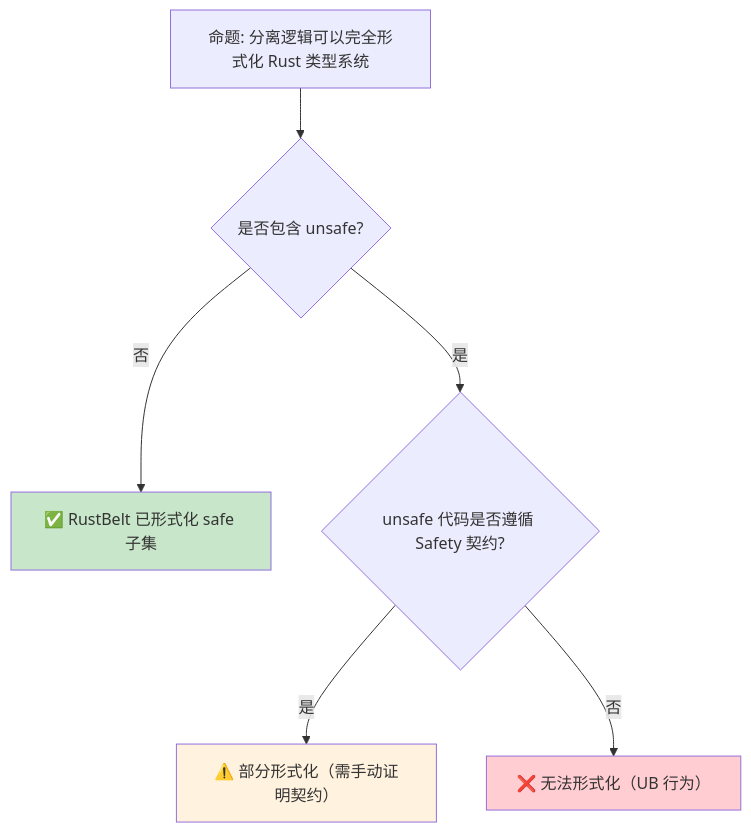
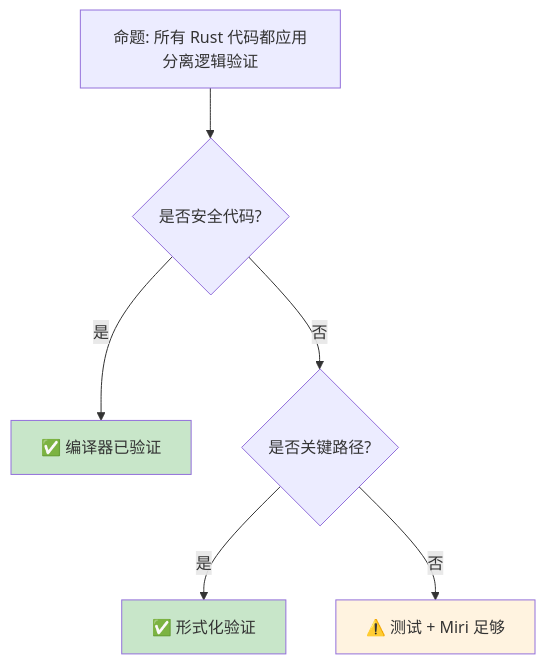
Before and after one commit to martin-ly/rust-lang: the diagram in concept/04_formal/07_separation_logic.md, drawn with Mermaid. The commit also changed other lines of this file and 36 other files, not shown here.

````diff
--- a/concept/04_formal/07_separation_logic.md
+++ b/concept/04_formal/07_separation_logic.md
@@ -288,13 +350,13 @@
 ```mermaid
 graph TD
-    ROOT["命题: 分离逻辑可以完全形式化 Rust 类型系统"]
-    ROOT --> Q1{"是否包含 unsafe?"}
-    Q1 -->|否| TRUE["✅ RustBelt 已形式化 safe 子集"]
-    Q1 -->|是| Q2{"unsafe 代码是否遵循 Safety 契约?"}
-    Q2 -->|是| PART["⚠️ 部分形式化（需手动证明契约）"]
-    Q2 -->|否| FALSE["❌ 无法形式化（UB 行为）"]
+    ROOT["命题: 所有 Rust 代码都应用分离逻辑验证"]
+    ROOT --> Q1{"是否安全代码?"}
+    Q1 -->|是| COMPILER["✅ 编译器已验证"]
+    Q1 -->|否| Q2{"是否关键路径?"}
+    Q2 -->|是| FORMAL["✅ 形式化验证"]
+    Q2 -->|否| TESTING["⚠️ 测试 + Miri 足够"]
 
-    style TRUE fill:#c8e6c9
-    style PART fill:#fff3e0
-    style FALSE fill:#ffcdd2
+    style COMPILER fill:#c8e6c9
+    style FORMAL fill:#c8e6c9
+    style TESTING fill:#fff3e0
 ```
````
